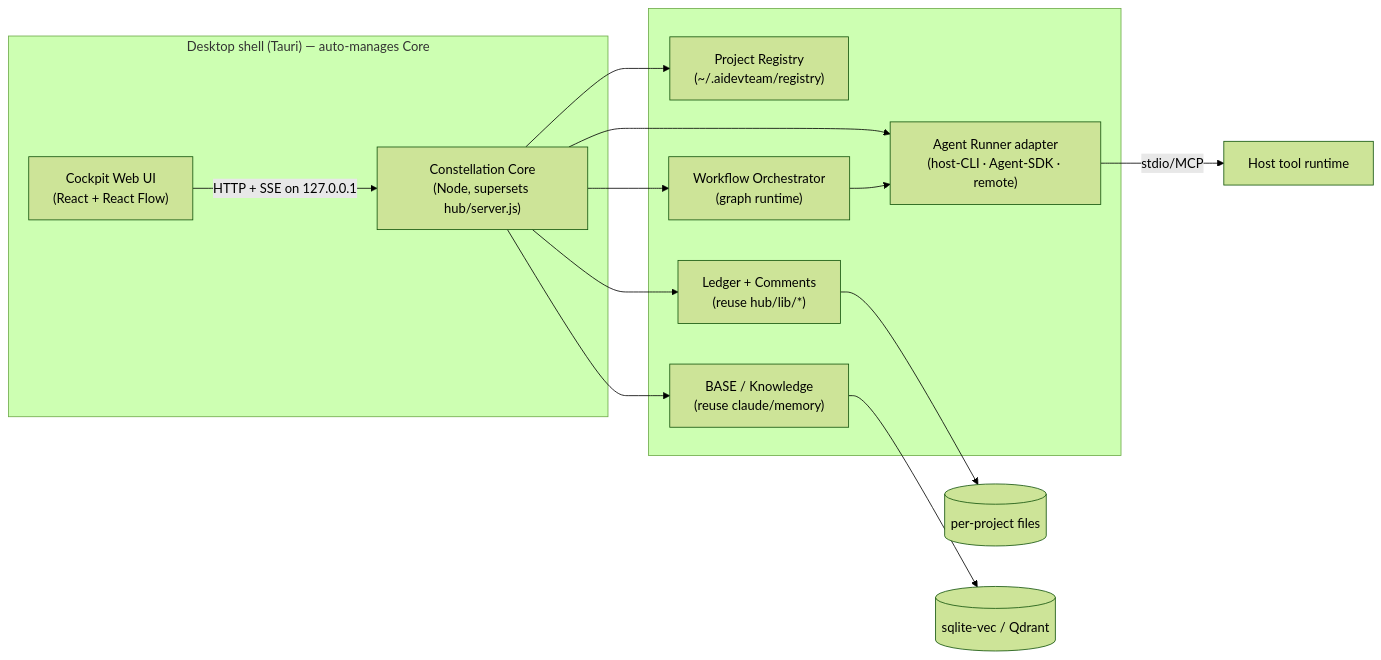
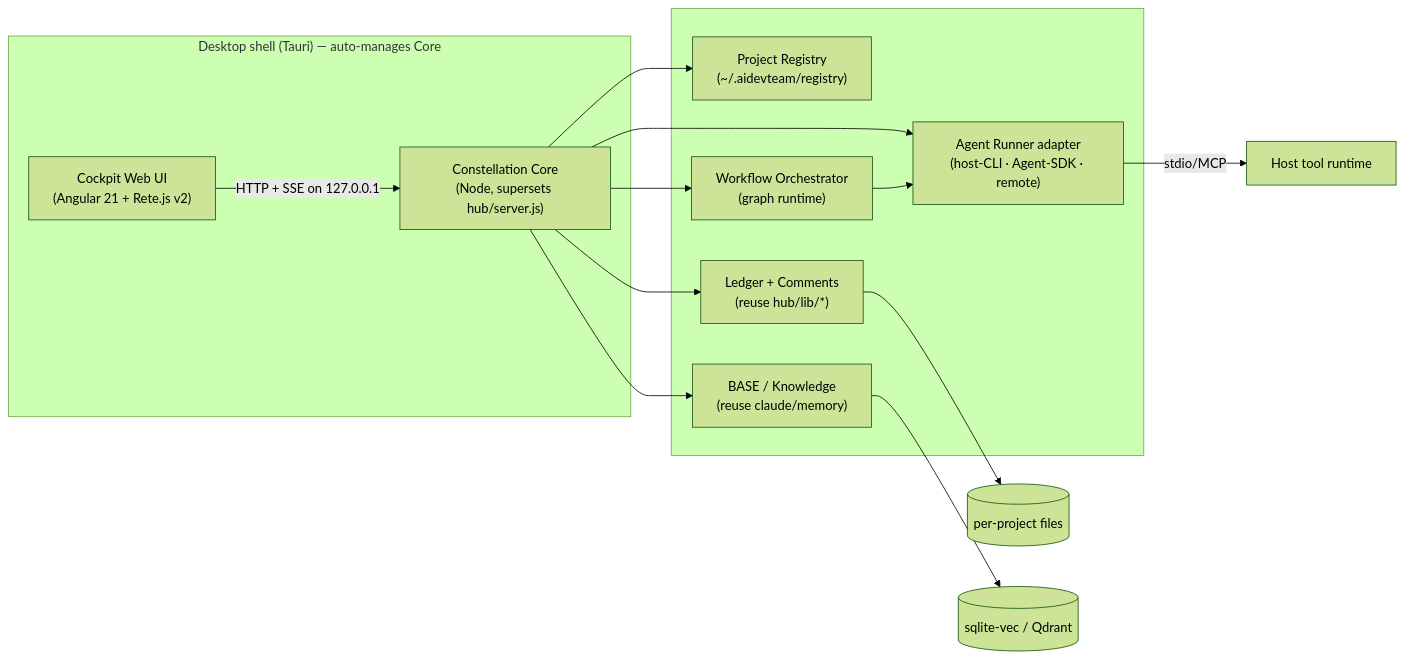
One commit to olehsvyrydov/AI-development-team changed the second of 5 diagrams in docs/product-vision/architecture.md. Above: the diagram before and after it, drawn with Mermaid (forest theme). The commit also changed other lines of this file and 1 other file, not shown here.

First line of the commit message:
docs(vision): reconcile architecture + UX with locked decisions

````diff
--- a/docs/product-vision/architecture.md
+++ b/docs/product-vision/architecture.md
@@ -82,21 +82,21 @@
 ```mermaid
 flowchart LR
   subgraph Desktop["Desktop shell (Tauri) — auto-manages Core"]
-    UI["Cockpit Web UI<br/>(React + React Flow)"]
+    UI["Cockpit Web UI<br/>(Angular 21 + Rete.js v2)"]
     Core["Constellation Core<br/>(Node, supersets hub/server.js)"]
   end
   UI -->|HTTP + SSE on 127.0.0.1| Core
 
   subgraph CoreInternals[" "]
     Reg["Project Registry<br/>(~/.aidevteam/registry)"]
     Orchestr["Workflow Orchestrator<br/>(graph runtime)"]
     AgentBus["Agent Runner adapter<br/>(host-CLI · Agent-SDK · remote)"]
     LedgerSvc["Ledger + Comments<br/>(reuse hub/lib/*)"]
     BaseSvc["BASE / Knowledge<br/>(reuse claude/memory)"]
   end
   Core --> Reg & Orchestr & AgentBus & LedgerSvc & BaseSvc
   Orchestr --> AgentBus
   AgentBus -->|stdio/MCP| HostTool["Host tool runtime"]
   LedgerSvc --> Files[("per-project files")]
   BaseSvc --> Vec[("sqlite-vec / Qdrant")]
 ```
````
